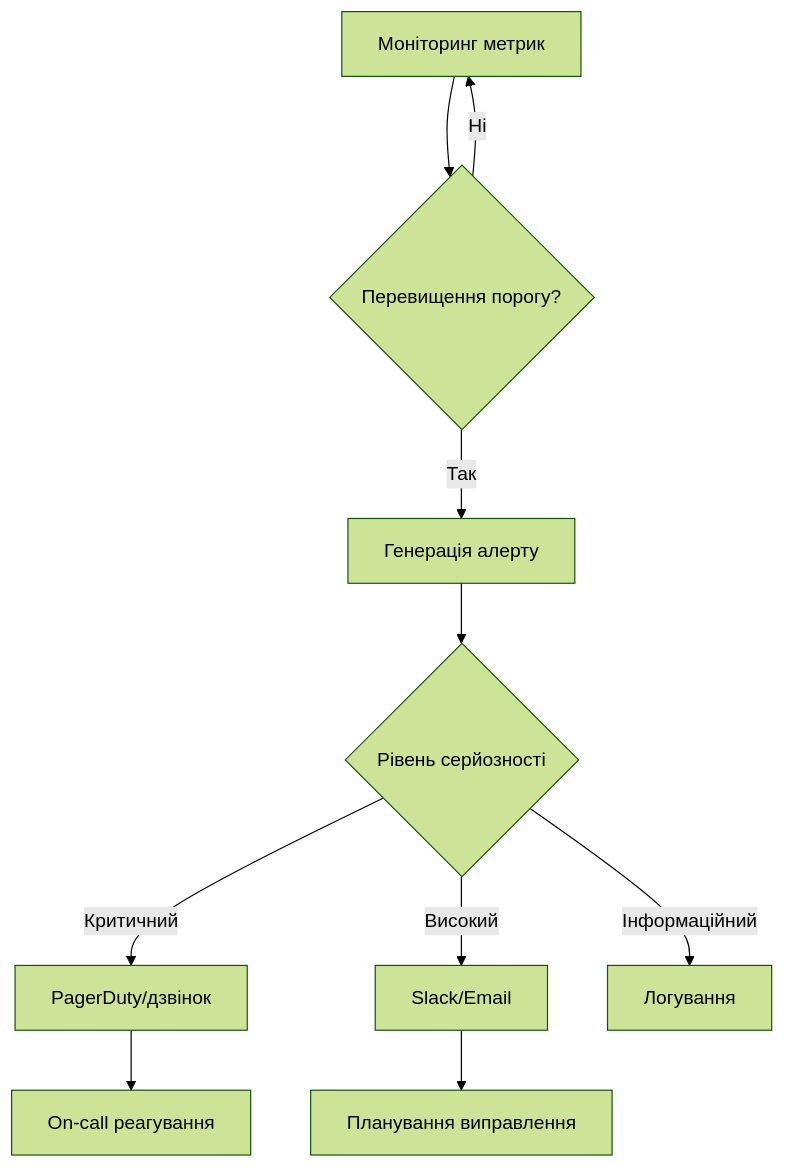
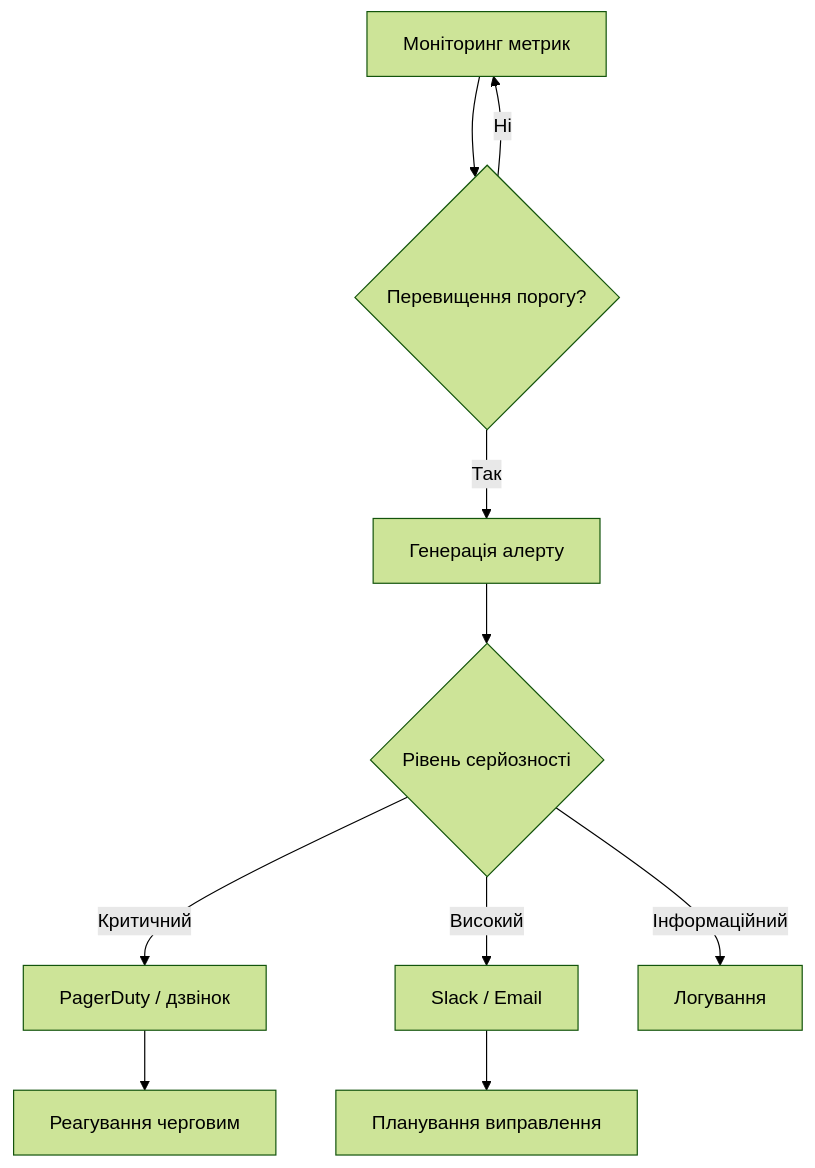
Before and after one commit to olroi421/course-opi-v2: the seventh of 11 diagrams in lectures/lecture-13.md, drawn with Mermaid (forest theme). The commit also changed other lines of this file and 9 other files, not shown here.

````diff
--- a/lectures/lecture-13.md
+++ b/lectures/lecture-13.md
@@ -241,12 +301,12 @@
 ```mermaid
 graph TB
     A[Моніторинг метрик] --> B{Перевищення порогу?}
     B -->|Так| C[Генерація алерту]
     B -->|Ні| A
     C --> D{Рівень серйозності}
-    D -->|Критичний| E[PagerDuty/дзвінок]
-    D -->|Високий| F[Slack/Email]
+    D -->|Критичний| E[PagerDuty / дзвінок]
+    D -->|Високий| F[Slack / Email]
     D -->|Інформаційний| G[Логування]
-    E --> H[On-call реагування]
+    E --> H[Реагування черговим]
     F --> I[Планування виправлення]
 ```
````
